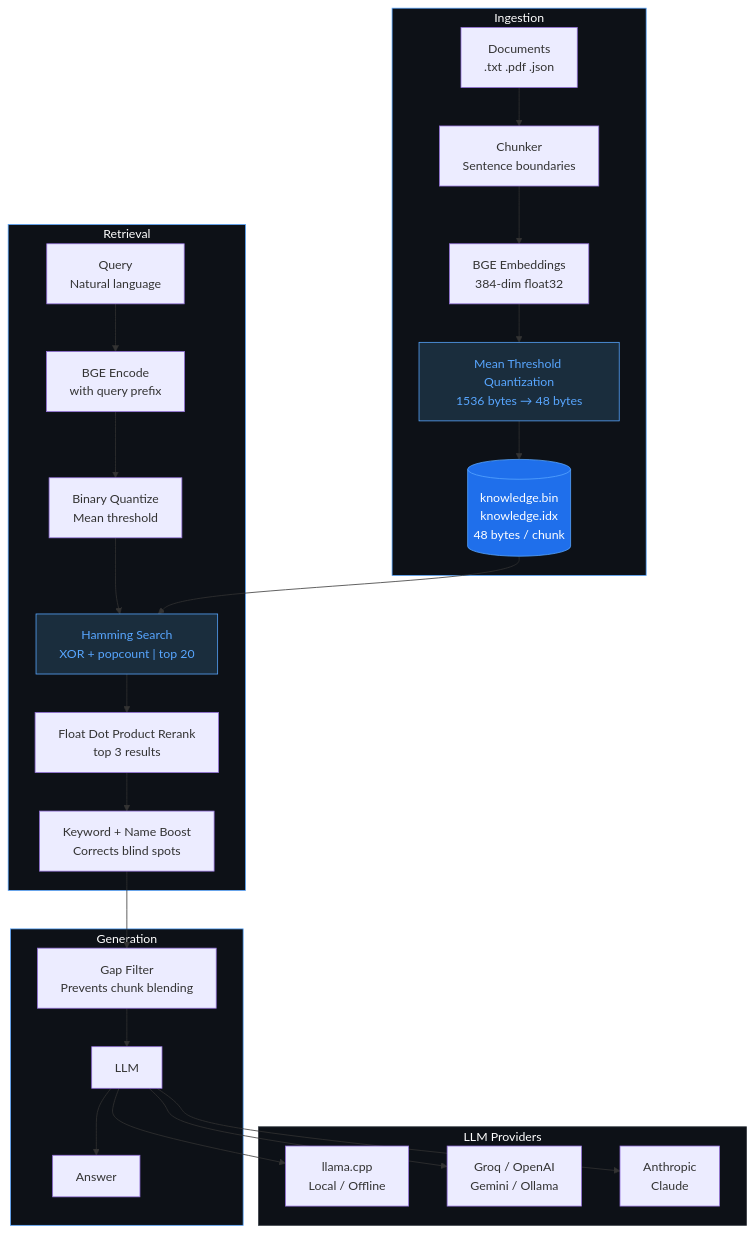
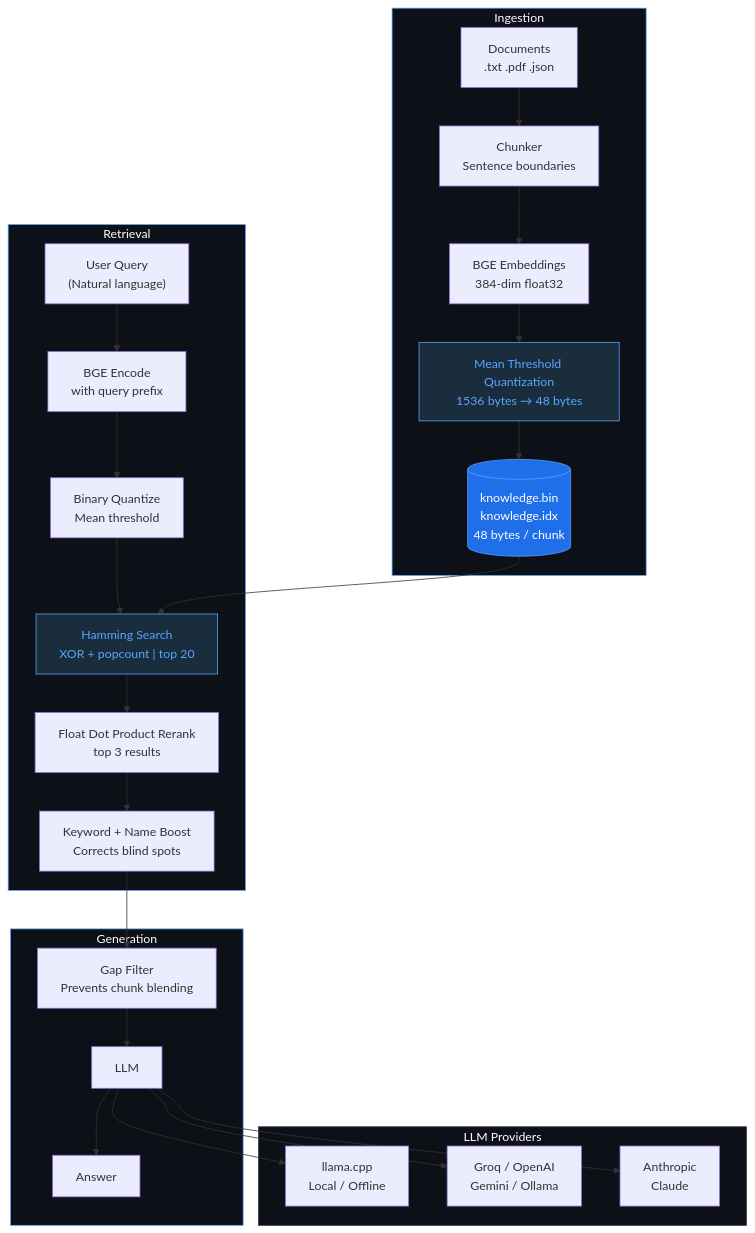
The diagram in README.md (gabrielav2004/EdgeMind), drawn with Mermaid before and after one commit.

Commit message:
Update Arch Diagram...

````diff
--- a/README.md
+++ b/README.md
@@ -59,48 +59,48 @@
 ```mermaid
 flowchart TD
     subgraph INGEST["Ingestion"]
         D["Documents<br>.txt  .pdf  .json"]
         C["Chunker<br>Sentence boundaries"]
         E["BGE Embeddings<br>384-dim float32"]
         Q["Mean Threshold Quantization<br>1536 bytes → 48 bytes"]
         DB[("knowledge.bin<br>knowledge.idx<br>48 bytes / chunk")]
         D --> C --> E --> Q --> DB
     end
 
     subgraph RETRIEVE["Retrieval"]
-        Q2["Query<br>Natural language"]
+        Q2["User Query<br>(Natural language)"]
         E2["BGE Encode<br>with query prefix"]
         QB["Binary Quantize<br>Mean threshold"]
         H["Hamming Search<br>XOR + popcount  |  top 20"]
         R["Float Dot Product Rerank<br>top 3 results"]
         K["Keyword + Name Boost<br>Corrects blind spots"]
         Q2 --> E2 --> QB --> H --> R --> K
     end
 
     subgraph GENERATE["Generation"]
         G["Gap Filter<br>Prevents chunk blending"]
         LLM["LLM"]
         A["Answer"]
         K --> G --> LLM --> A
     end
 
     DB --> H
 
     subgraph PROVIDERS["LLM Providers"]
         P1["llama.cpp<br>Local / Offline"]
         P2["Groq / OpenAI<br>Gemini / Ollama"]
         P3["Anthropic<br>Claude"]
     end
 
     LLM --> P1
     LLM --> P2
     LLM --> P3
 
     style INGEST fill:#0d1117,stroke:#58a6ff,color:#ffffff
     style RETRIEVE fill:#0d1117,stroke:#58a6ff,color:#ffffff
     style GENERATE fill:#0d1117,stroke:#58a6ff,color:#ffffff
     style PROVIDERS fill:#0d1117,stroke:#30363d,color:#ffffff
     style DB fill:#1f6feb,stroke:#58a6ff,color:#ffffff
     style Q fill:#1a2d3d,stroke:#58a6ff,color:#58a6ff
     style H fill:#1a2d3d,stroke:#58a6ff,color:#58a6ff
 ```
````
